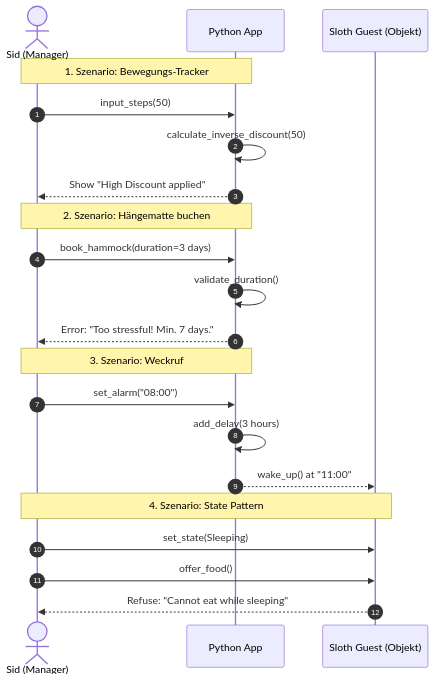
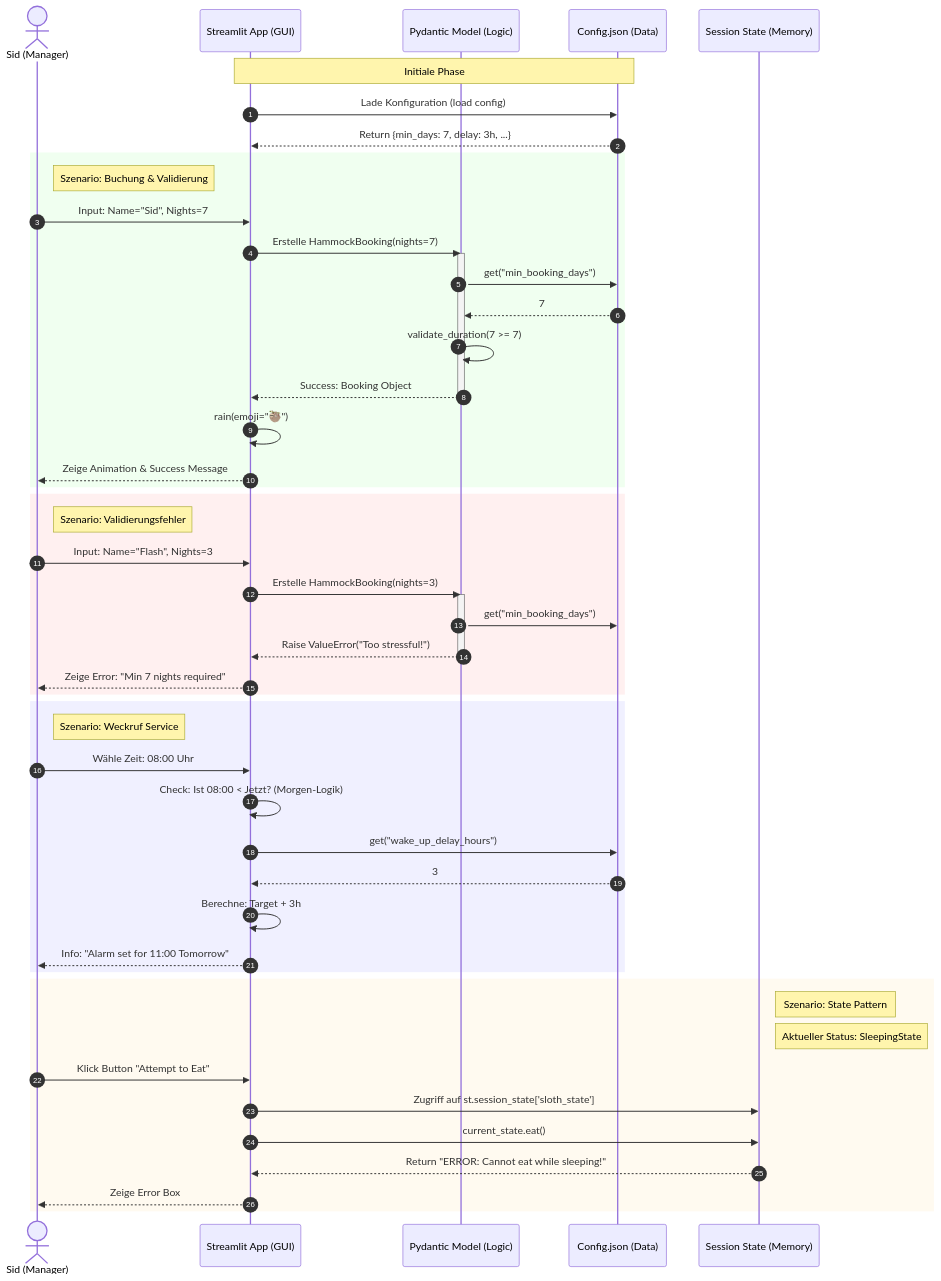
The diagram in src/student_projects/g09/docs/SequenceDiagram.md (sebastianbichler/IU_2026_EF_LE_BER_VC_Python), drawn with Mermaid before and after one commit.

````diff
--- a/src/student_projects/g09/docs/SequenceDiagram.md
+++ b/src/student_projects/g09/docs/SequenceDiagram.md
@@ -1,28 +1,69 @@
 ```mermaid
 sequenceDiagram
     autonumber
     actor Sid as Sid (Manager)
-    participant App as Python App
-    participant Guest as Sloth Guest (Objekt)
+    participant GUI as Streamlit App (GUI)
+    participant Model as Pydantic Model (Logic)
+    participant Config as Config.json (Data)
+    participant State as Session State (Memory)
 
-    note over Sid, App: 1. Szenario: Bewegungs-Tracker
-    Sid->>App: input_steps(50)
-    App->>App: calculate_inverse_discount(50)
-    App-->>Sid: Show "High Discount applied"
+    %% Initialisierung
+    note over GUI, Config: Initiale Phase
+    GUI->>Config: Lade Konfiguration (load config)
+    Config-->>GUI: Return {min_days: 7, delay: 3h, ...}
 
-    note over Sid, App: 2. Szenario: Hängematte buchen
-    Sid->>App: book_hammock(duration=3 days)
-    App->>App: validate_duration()
-    App-->>Sid: Error: "Too stressful! Min. 7 days."
+    %% Szenario 1: Hängematte buchen (Mit Config & Regen)
+    rect rgb(240, 255, 240)
+    note right of Sid: Szenario: Buchung & Validierung
+    Sid->>GUI: Input: Name="Sid", Nights=7
+    GUI->>Model: Erstelle HammockBooking(nights=7)
+    
+    activate Model
+    Model->>Config: get("min_booking_days")
+    Config-->>Model: 7
+    Model->>Model: validate_duration(7 >= 7)
+    Model-->>GUI: Success: Booking Object
+    deactivate Model
 
-    note over Sid, App: 3. Szenario: Weckruf
-    Sid->>App: set_alarm("08:00")
-    App->>App: add_delay(3 hours)
-    App-->>Guest: wake_up() at "11:00"
+    GUI->>GUI: rain(emoji="🦥");
+    GUI-->>Sid: Zeige Animation & Success Message
+    end
 
-    note over Sid, Guest: 4. Szenario: State Pattern
-    Sid->>Guest: set_state(Sleeping)
-    Sid->>Guest: offer_food()
-    Guest-->>Sid: Refuse: "Cannot eat while sleeping"
+    %% Szenario 2: Hängematte Fehlerfall
+    rect rgb(255, 240, 240)
+    note right of Sid: Szenario: Validierungsfehler
+    Sid->>GUI: Input: Name="Flash", Nights=3
+    GUI->>Model: Erstelle HammockBooking(nights=3)
+    
+    activate Model
+    Model->>Config: get("min_booking_days")
+    Model-->>GUI: Raise ValueError("Too stressful!")
+    deactivate Model
+    
+    GUI-->>Sid: Zeige Error: "Min 7 nights required"
+    end
 
+    %% Szenario 3: Weckruf (Gehärtete Logik)
+    rect rgb(240, 240, 255)
+    note right of Sid: Szenario: Weckruf Service
+    Sid->>GUI: Wähle Zeit: 08:00 Uhr
+    
+    GUI->>GUI: Check: Ist 08:00 < Jetzt? (Morgen-Logik)
+    GUI->>Config: get("wake_up_delay_hours")
+    Config-->>GUI: 3
+    GUI->>GUI: Berechne: Target + 3h
+    GUI-->>Sid: Info: "Alarm set for 11:00 Tomorrow"
+    end
+
+    %% Szenario 4: State Pattern Interaktion
+    rect rgb(255, 250, 240)
+    note right of State: Szenario: State Pattern
+    note right of State: Aktueller Status: SleepingState
+    Sid->>GUI: Klick Button "Attempt to Eat"
+    GUI->>State: Zugriff auf st.session_state['sloth_state']
+    
+    GUI->>State: current_state.eat()
+    State-->>GUI: Return "ERROR: Cannot eat while sleeping!"
+    GUI-->>Sid: Zeige Error Box
+    end
 ```
````
